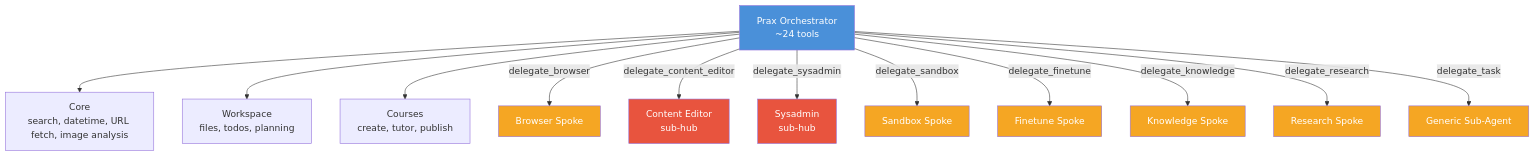
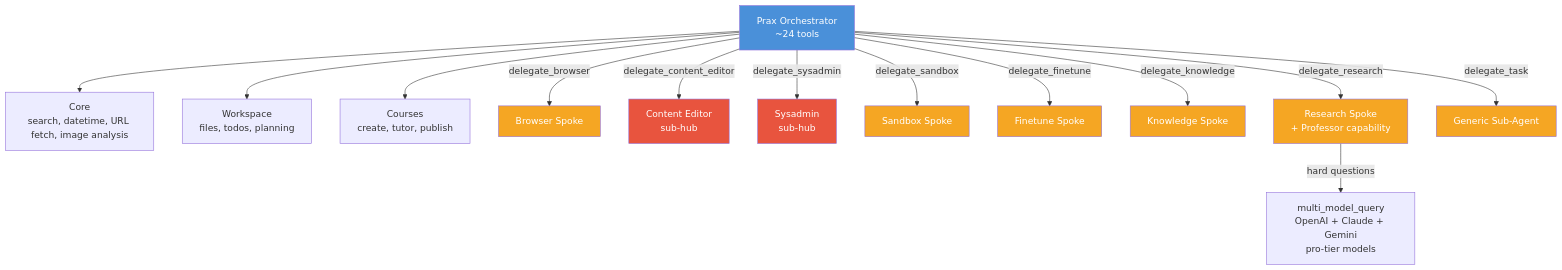
One commit to praxagent/prax changed the first of 8 diagrams in docs/architecture/hub-and-spoke.md. Above: the diagram before and after it, drawn with Mermaid. The commit also changed other lines of this file and 156 other files, not shown here.

First line of the commit message:
feat: improve context management, memory management, library, agentic flow (#25)

````diff
--- a/docs/architecture/hub-and-spoke.md
+++ b/docs/architecture/hub-and-spoke.md
@@ -11,27 +11,29 @@
 ```mermaid
 graph TB
     Prax["Prax Orchestrator\n~24 tools"]
 
     Prax --> Core["Core\nsearch, datetime, URL fetch, image analysis"]
     Prax --> Workspace["Workspace\nfiles, todos, planning"]
     Prax --> Courses["Courses\ncreate, tutor, publish"]
 
     Prax -->|delegate_browser| Browser["Browser Spoke"]
     Prax -->|delegate_content_editor| Content["Content Editor\nsub-hub"]
     Prax -->|delegate_sysadmin| Sysadmin["Sysadmin\nsub-hub"]
     Prax -->|delegate_sandbox| Sandbox["Sandbox Spoke"]
     Prax -->|delegate_finetune| Finetune["Finetune Spoke"]
     Prax -->|delegate_knowledge| Knowledge["Knowledge Spoke"]
-    Prax -->|delegate_research| Research["Research Spoke"]
+    Prax -->|delegate_research| Research["Research Spoke\n+ Professor capability"]
     Prax -->|delegate_task| Generic["Generic Sub-Agent"]
+
+    Research -->|hard questions| Professor["multi_model_query\nOpenAI + Claude + Gemini\npro-tier models"]
 
     style Prax fill:#4A90D9,color:#fff
     style Browser fill:#F5A623,color:#fff
     style Content fill:#E8543E,color:#fff
     style Sysadmin fill:#E8543E,color:#fff
     style Sandbox fill:#F5A623,color:#fff
     style Finetune fill:#F5A623,color:#fff
     style Knowledge fill:#F5A623,color:#fff
     style Research fill:#F5A623,color:#fff
     style Generic fill:#F5A623,color:#fff
 ```
````
